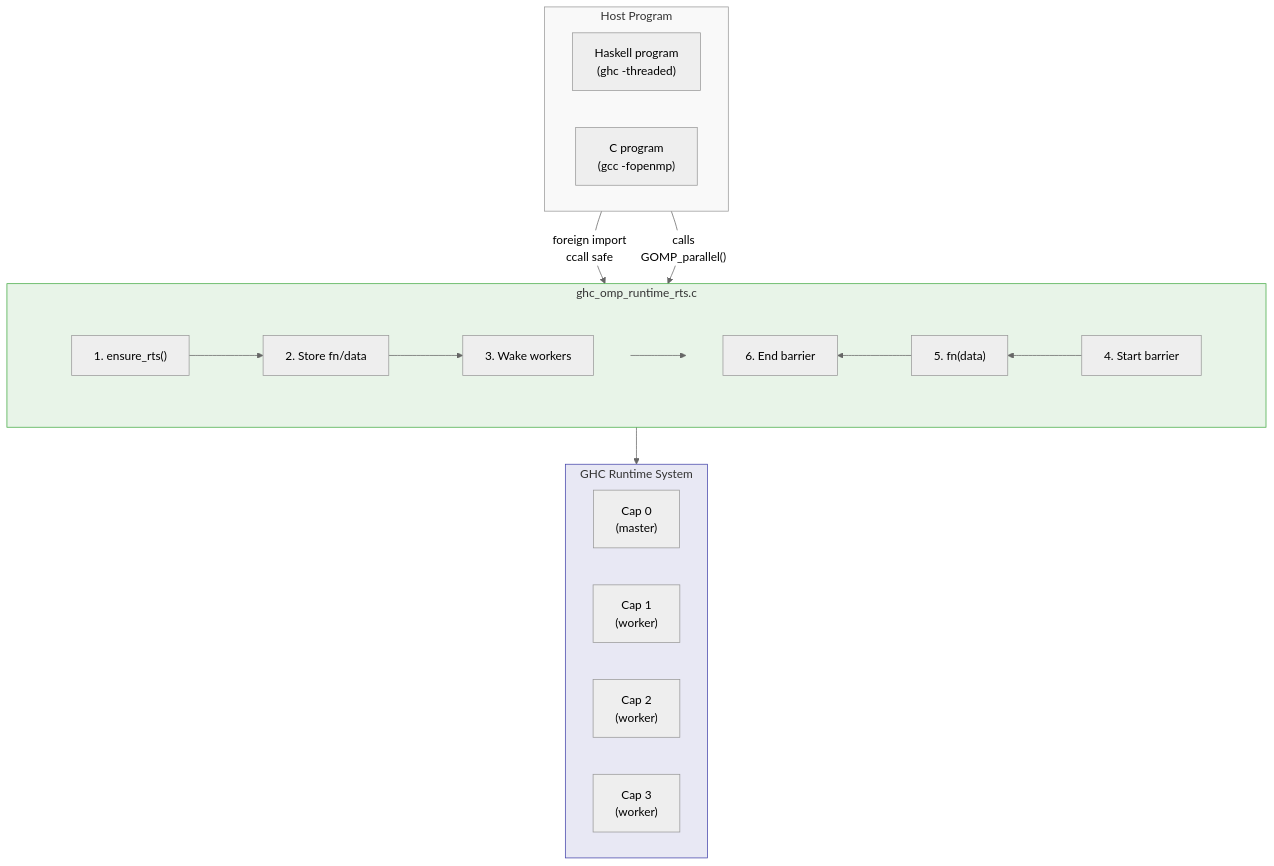
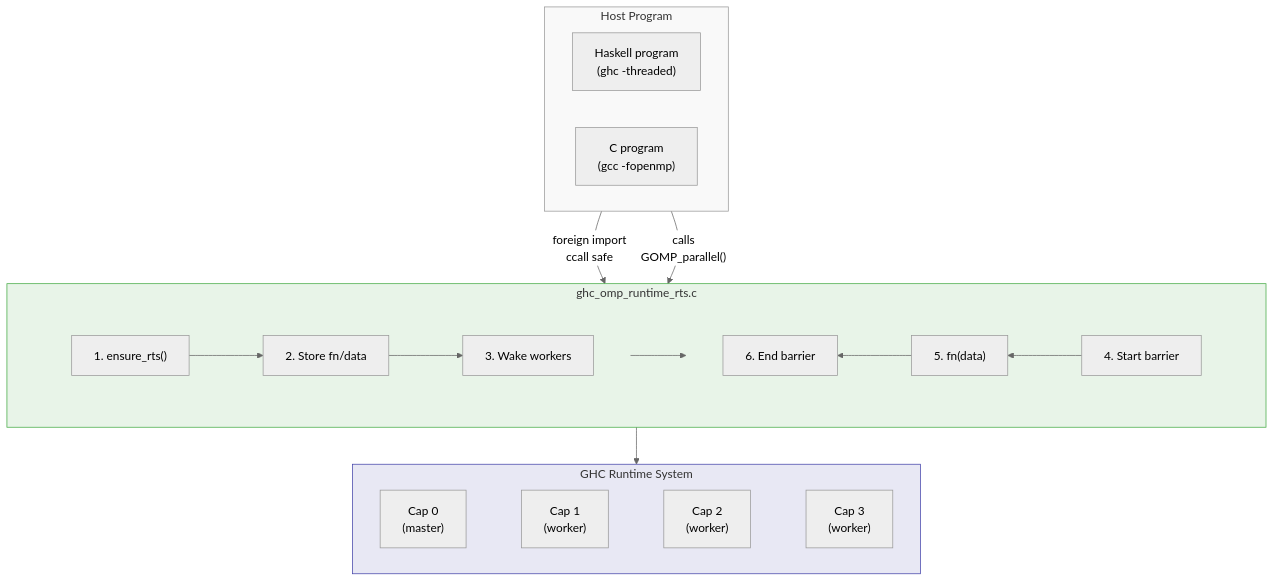
One commit to jhhuh/ghc-openmp changed the first of 6 diagrams in index.md. Above: the diagram before and after it, drawn with Mermaid (neutral theme). The commit also changed 1 other file, not shown here.

Commit message:
Force horizontal layout for Capability boxes using invisible links

```diff
--- a/index.md
+++ b/index.md
@@ -158,39 +158,36 @@
 <pre class="mermaid">
 flowchart TD
     subgraph Host["Host Program"]
         direction LR
         HS["Haskell program<br/>(ghc -threaded)"]
         CP["C program<br/>(gcc -fopenmp)"]
     end
 
     HS -->|"foreign import<br/>ccall safe"| RT
     CP -->|"calls<br/>GOMP_parallel()"| RT
 
     subgraph RT["ghc_omp_runtime_rts.c"]
         subgraph r1[" "]
             direction LR
             E["1. ensure_rts()"] --> D["2. Store fn/data"] --> W["3. Wake workers"]
         end
         subgraph r2[" "]
             direction RL
             SB["4. Start barrier"] --> FN["5. fn(data)"] --> EB["6. End barrier"]
         end
         W --> SB
     end
 
     RT --> RTS
 
     subgraph RTS["GHC Runtime System"]
         direction LR
-        C0["Cap 0<br/>(master)"]
-        C1["Cap 1<br/>(worker)"]
-        C2["Cap 2<br/>(worker)"]
-        C3["Cap 3<br/>(worker)"]
+        C0["Cap 0<br/>(master)"] ~~~ C1["Cap 1<br/>(worker)"] ~~~ C2["Cap 2<br/>(worker)"] ~~~ C3["Cap 3<br/>(worker)"]
     end
 
     style Host fill:#f9f9f9,stroke:#999
     style RT fill:#e8f4e8,stroke:#4a4
     style RTS fill:#e8e8f4,stroke:#44a
     style r1 fill:none,stroke:none
     style r2 fill:none,stroke:none
 </pre>
```
